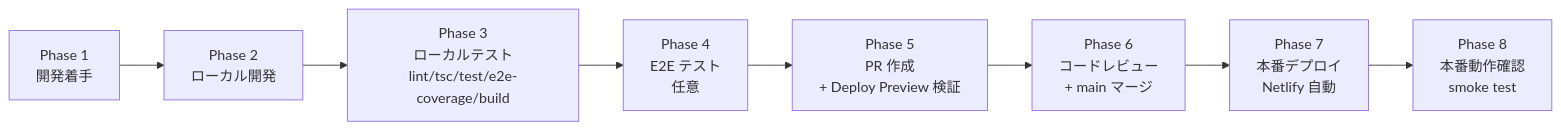
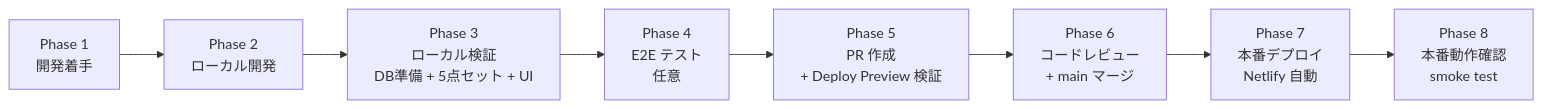
Before and after one commit to teppei19980914/BusinessManagementPlatform: the diagram in docs/operations/develop/DEVELOPMENT_FLOW.md, drawn with Mermaid. The commit also changed other lines of this file and 222 other files, not shown here.

````diff
--- a/docs/operations/develop/DEVELOPMENT_FLOW.md
+++ b/docs/operations/develop/DEVELOPMENT_FLOW.md
@@ -17,10 +17,10 @@
 ```mermaid
 flowchart LR
   A[Phase 1<br/>開発着手] --> B[Phase 2<br/>ローカル開発]
-  B --> C[Phase 3<br/>ローカルテスト<br/>lint/tsc/test/e2e-coverage/build]
+  B --> C[Phase 3<br/>ローカル検証<br/>DB準備 + 5点セット + UI]
   C --> D[Phase 4<br/>E2E テスト<br/>任意]
   D --> E[Phase 5<br/>PR 作成<br/>+ Deploy Preview 検証]
   E --> F[Phase 6<br/>コードレビュー<br/>+ main マージ]
   F --> G[Phase 7<br/>本番デプロイ<br/>Netlify 自動]
   G --> H[Phase 8<br/>本番動作確認<br/>smoke test]
 ```
````
